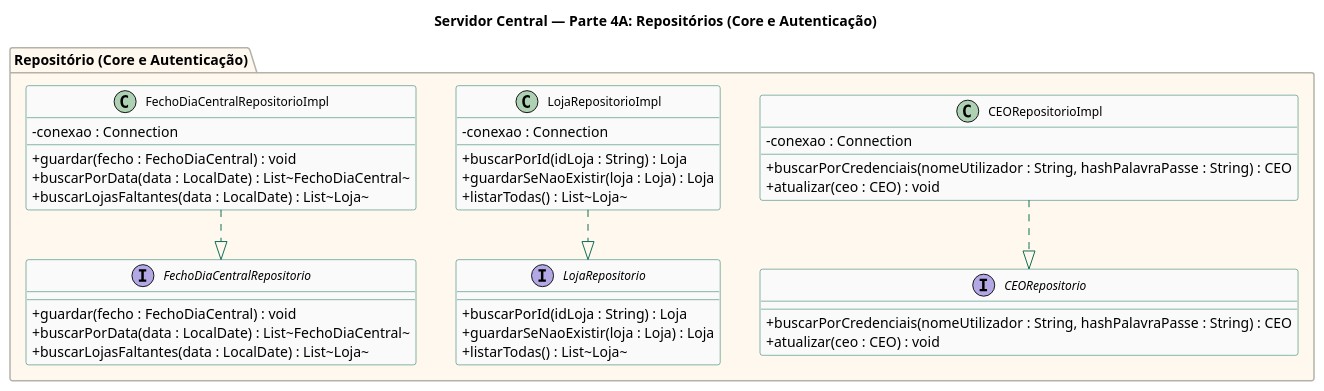
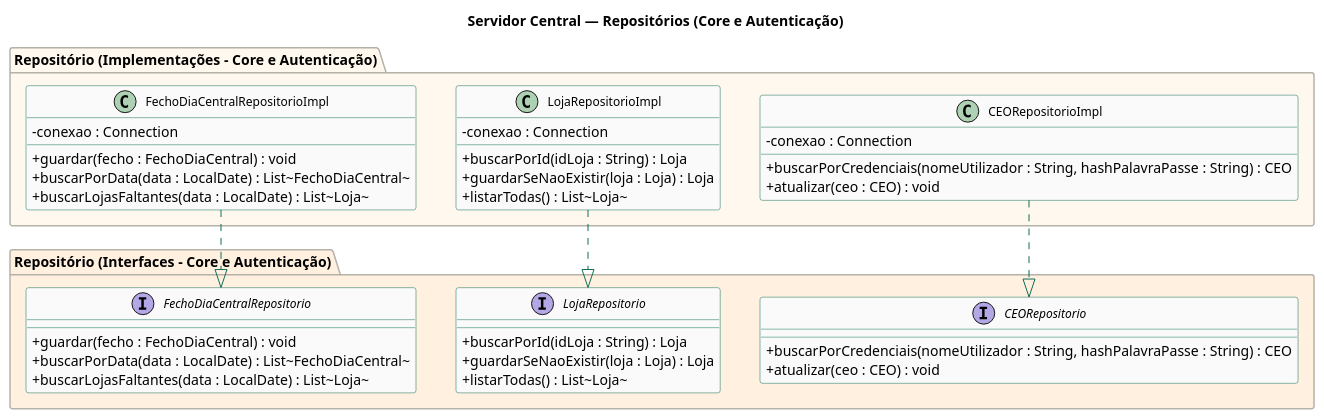
The diagram in Diagramas de Classe/software_servidor_central/repositorios/src/repositorios_core.puml (SimaoOliveira05/LI4), drawn with PlantUML before and after one commit. The commit also changed 40 other files, not shown here.

Commit message:
Updated class diagrams for server

```diff
--- a/Diagramas de Classe/software_servidor_central/repositorios/src/repositorios_core.puml
+++ b/Diagramas de Classe/software_servidor_central/repositorios/src/repositorios_core.puml
@@ -1,67 +1,66 @@
-@startuml servidor_central_parte4a_repositorios_core
+@startuml servidor_central_repositorios_core
 skinparam classAttributeIconSize 0
 skinparam classFontSize 12
 skinparam classHeaderBackgroundColor #E1F5EE
 skinparam classBorderColor #0F6E56
 skinparam classBackgroundColor #FAFAFA
 skinparam arrowColor #0F6E56
 skinparam stereotypeCBackgroundColor #EEEDFE
 skinparam stereotypeABackgroundColor #FAC775
 skinparam stereotypeIBackgroundColor #D1ECF1
 skinparam packageBackgroundColor #F8F8F8
 skinparam packageBorderColor #B4B2A9
 skinparam linetype ortho
 skinparam nodesep 40
 skinparam ranksep 50
 
-title Servidor Central — Parte 4A: Repositórios (Core e Autenticação)
+title Servidor Central — Repositórios (Core e Autenticação)
 
-' ╔══════════════════════════════════════╗
-' ║    REPOSITÓRIO - CORE E AUTENTICAÇÃO ║
-' ╚══════════════════════════════════════╝
-package "Repositório (Core e Autenticação)" #FFF8EE {
+package "Repositório (Interfaces - Core e Autenticação)" #FFF0E0 {
 
   interface CEORepositorio {
-    + buscarPorCredenciais(nomeUtilizador : String, hashPalavraPasse : String) : CEO
-    + atualizar(ceo : CEO) : void
-  }
-
-  class CEORepositorioImpl {
-    - conexao : Connection
     + buscarPorCredenciais(nomeUtilizador : String, hashPalavraPasse : String) : CEO
     + atualizar(ceo : CEO) : void
   }
 
   interface LojaRepositorio {
     + buscarPorId(idLoja : String) : Loja
     + guardarSeNaoExistir(loja : Loja) : Loja
     + listarTodas() : List~Loja~
   }
 
+  interface FechoDiaCentralRepositorio {
+    + guardar(fecho : FechoDiaCentral) : void
+    + buscarPorData(data : LocalDate) : List~FechoDiaCentral~
+    + buscarLojasFaltantes(data : LocalDate) : List~Loja~
+  }
+}
+
+package "Repositório (Implementações - Core e Autenticação)" #FFF8EE {
+
+  class CEORepositorioImpl {
+    - conexao : Connection
+    + buscarPorCredenciais(nomeUtilizador : String, hashPalavraPasse : String) : CEO
+    + atualizar(ceo : CEO) : void
+  }
+
   class LojaRepositorioImpl {
     - conexao : Connection
     + buscarPorId(idLoja : String) : Loja
     + guardarSeNaoExistir(loja : Loja) : Loja
     + listarTodas() : List~Loja~
-  }
-
-  interface FechoDiaCentralRepositorio {
-    + guardar(fecho : FechoDiaCentral) : void
-    + buscarPorData(data : LocalDate) : List~FechoDiaCentral~
-    + buscarLojasFaltantes(data : LocalDate) : List~Loja~
   }
 
   class FechoDiaCentralRepositorioImpl {
     - conexao : Connection
     + guardar(fecho : FechoDiaCentral) : void
     + buscarPorData(data : LocalDate) : List~FechoDiaCentral~
     + buscarLojasFaltantes(data : LocalDate) : List~Loja~
   }
 }
 
-' Implementações realizam interfaces
 CEORepositorioImpl ..|> CEORepositorio
 LojaRepositorioImpl ..|> LojaRepositorio
 FechoDiaCentralRepositorioImpl ..|> FechoDiaCentralRepositorio
 
 @enduml
```
